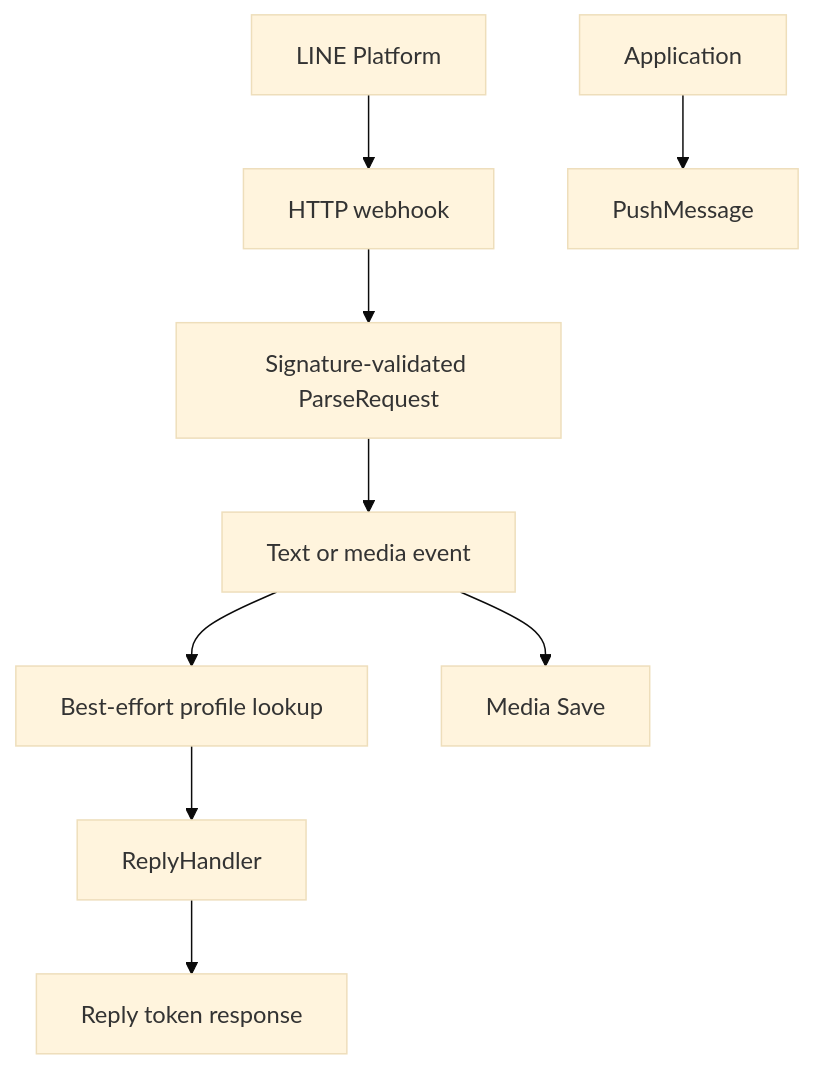
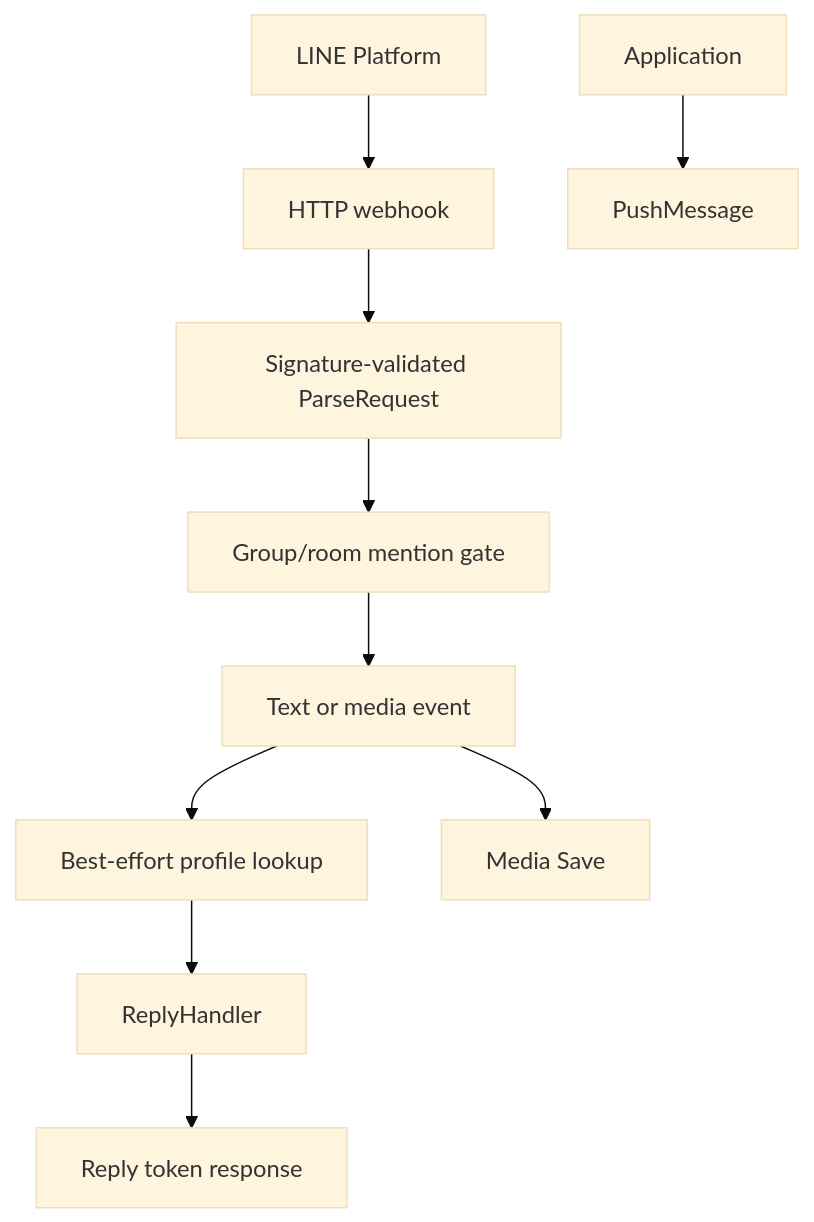
Before and after one commit to pardnchiu/go-bot: the fourth of 7 diagrams in doc/architecture.md, drawn with Mermaid (base theme). The commit also changed other lines of this file and 32 other files, not shown here.

````diff
--- a/doc/architecture.md
+++ b/doc/architecture.md
@@ -59,11 +64,12 @@
 ```mermaid
 graph TB
     LINE[LINE Platform] --> Webhook[HTTP webhook]
     Webhook --> Parse[Signature-validated ParseRequest]
-    Parse --> Event[Text or media event]
+    Parse --> Gate[Group/room mention gate]
+    Gate --> Event[Text or media event]
     Event --> Profile[Best-effort profile lookup]
     Profile --> Handler[ReplyHandler]
     Handler --> Reply[Reply token response]
     App[Application] --> Push[PushMessage]
     Event --> Save[Media Save]
 ```
````
